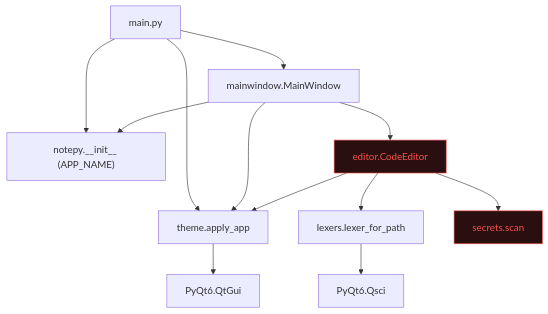
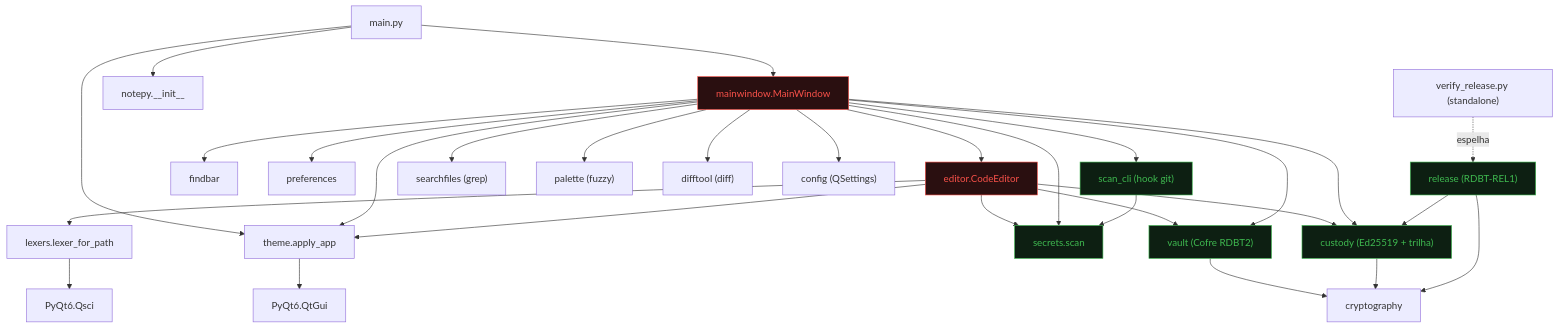
Before and after one commit to NatanPedro/Redoubt: the first of 2 diagrams in docs/ARCHITECTURE.md, drawn with Mermaid. The commit also changed other lines of this file and 3 other files, not shown here.

First line of the commit message:
docs: sincroniza SECURITY/ARCHITECTURE/DEVELOPMENT com o estado v1.0

````diff
--- a/docs/ARCHITECTURE.md
+++ b/docs/ARCHITECTURE.md
@@ -55,20 +120,42 @@
 ```mermaid
 graph TD
     main["main.py"] --> mw["mainwindow.MainWindow"]
     main --> theme["theme.apply_app"]
-    main --> init["notepy.__init__ (APP_NAME)"]
+    main --> init["notepy.__init__"]
 
     mw --> editor["editor.CodeEditor"]
+    mw --> findbar["findbar"]
+    mw --> prefs["preferences"]
     mw --> theme
-    mw --> init
 
     editor --> lexers["lexers.lexer_for_path"]
     editor --> theme
     editor --> secrets["secrets.scan"]
+    editor --> vault["vault (Cofre RDBT2)"]
+    editor --> custody["custody (Ed25519 + trilha)"]
+
+    mw --> secrets
+    mw --> vault
+    mw --> custody
+    mw --> scancli["scan_cli (hook git)"]
+    mw --> searchfiles["searchfiles (grep)"]
+    mw --> palette["palette (fuzzy)"]
+    mw --> difftool["difftool (diff)"]
+    mw --> config["config (QSettings)"]
+
+    scancli --> secrets
+    release["release (RDBT-REL1)"] --> custody
+    verify["verify_release.py (standalone)"] -. espelha .-> release
+
+    vault --> crypto["cryptography"]
+    custody --> crypto
+    release --> crypto
 
     lexers --> qsci["PyQt6.Qsci"]
     theme --> qt["PyQt6.QtGui"]
 
     classDef sec fill:#2a0f10,stroke:#F85149,color:#F85149;
-    class secrets,editor sec;
+    classDef pure fill:#0d1f12,stroke:#3FB950,color:#3FB950;
+    class secrets,vault,custody,release,scancli pure;
+    class editor,mw sec;
 ```
````
